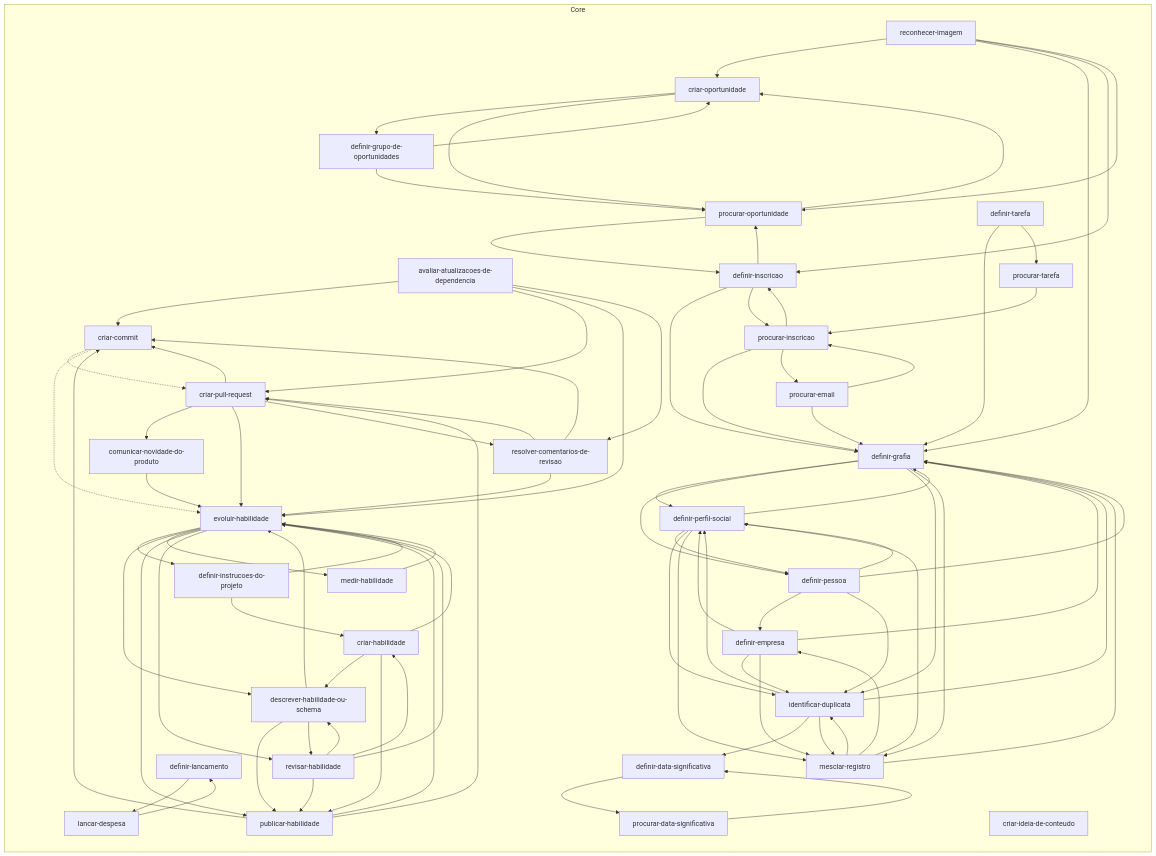
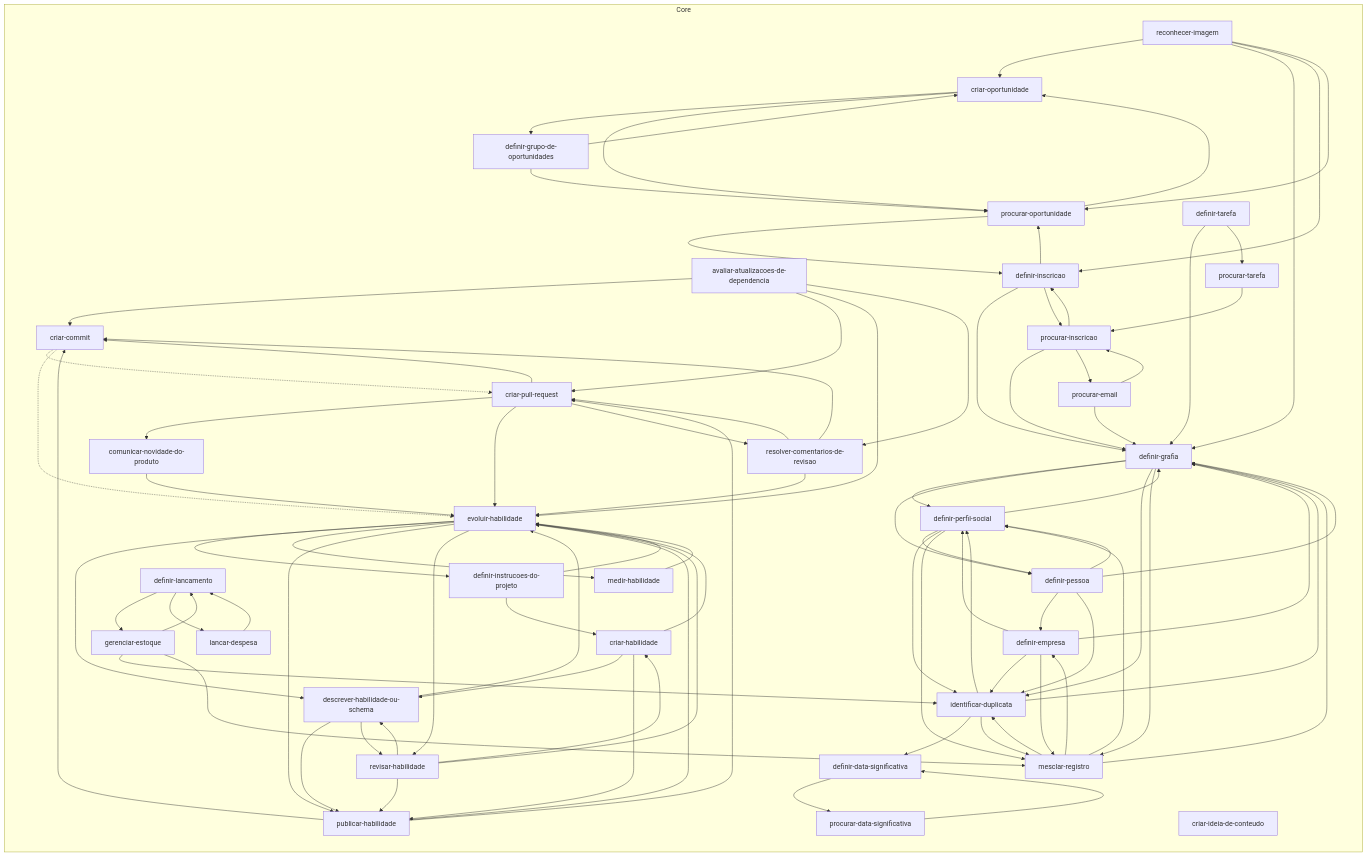
The diagram in .agents/skills/README.md (jimmyandrade/harness), drawn with Mermaid before and after one commit. The commit also changed 5 other files, not shown here.

First line of the commit message:
feat(gerenciar-estoque): move the skill to the core

```diff
--- a/.agents/skills/README.md
+++ b/.agents/skills/README.md
@@ -30,6 +30,7 @@
     definir_tarefa["definir-tarefa"]
     descrever_habilidade_ou_schema["descrever-habilidade-ou-schema"]
     evoluir_habilidade["evoluir-habilidade"]
+    gerenciar_estoque["gerenciar-estoque"]
     identificar_duplicata["identificar-duplicata"]
     lancar_despesa["lancar-despesa"]
     medir_habilidade["medir-habilidade"]
@@ -76,6 +77,7 @@
   definir_inscricao --> procurar_oportunidade
   definir_instrucoes_do_projeto --> criar_habilidade
   definir_instrucoes_do_projeto --> evoluir_habilidade
+  definir_lancamento --> gerenciar_estoque
   definir_lancamento --> lancar_despesa
   definir_perfil_social --> definir_grafia
   definir_perfil_social --> definir_pessoa
@@ -95,6 +97,9 @@
   evoluir_habilidade --> medir_habilidade
   evoluir_habilidade --> publicar_habilidade
   evoluir_habilidade --> revisar_habilidade
+  gerenciar_estoque --> definir_lancamento
+  gerenciar_estoque --> identificar_duplicata
+  gerenciar_estoque --> mesclar_registro
   identificar_duplicata --> definir_data_significativa
   identificar_duplicata --> definir_grafia
   identificar_duplicata --> definir_perfil_social
```
